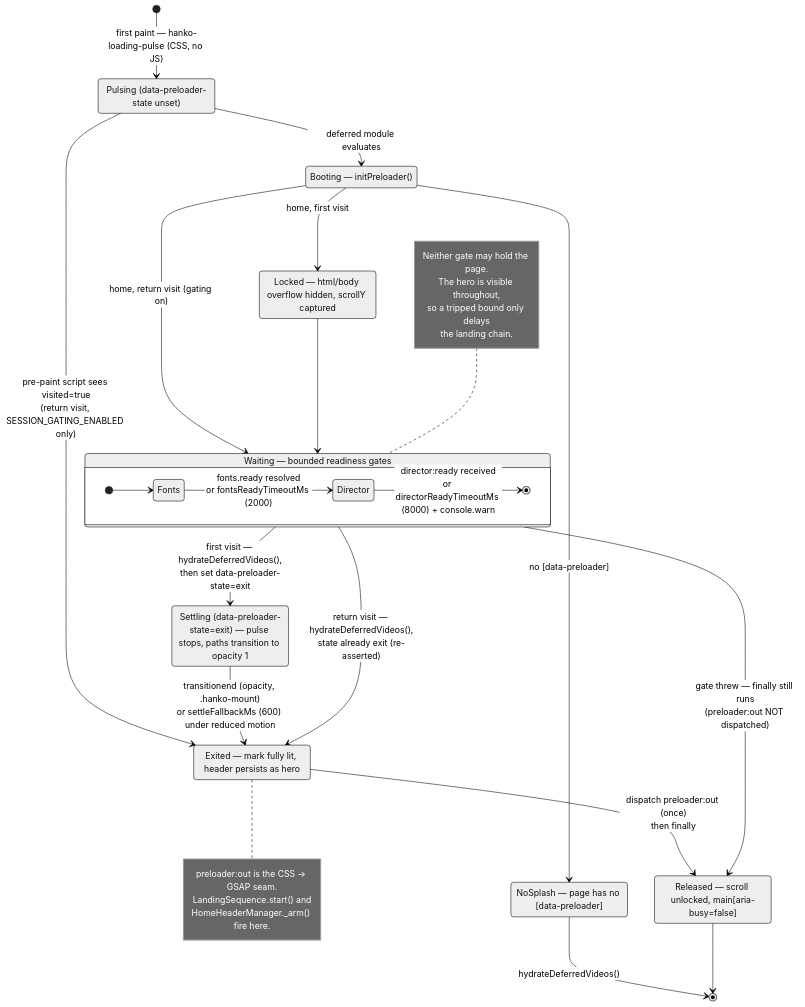
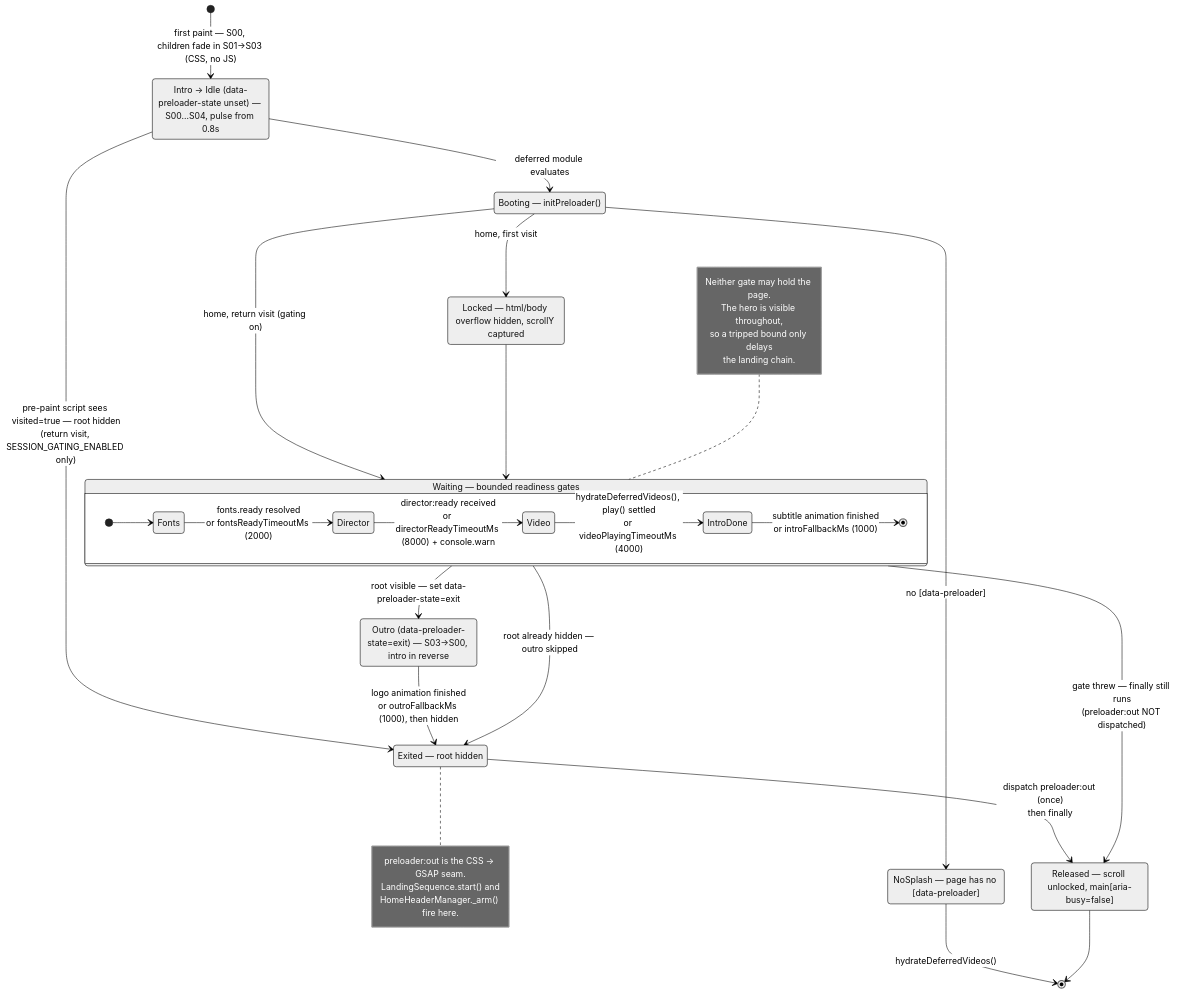
Before and after one commit to datainkio/portfolio-frontend: the second of 2 diagrams in js/preloader/README.preloader.md, drawn with Mermaid (neutral theme). The commit also changed other lines of this file and 15 other files, not shown here.

````diff
--- a/js/preloader/README.preloader.md
+++ b/js/preloader/README.preloader.md
@@ -96,52 +97,54 @@
 ```mermaid
 stateDiagram-v2
     direction TB
 
-    [*] --> Pulsing : first paint — hanko-loading-pulse (CSS, no JS)
+    [*] --> Intro : first paint — S00, children fade in S01→S03 (CSS, no JS)
 
-    state "Pulsing (data-preloader-state unset)" as Pulsing
+    state "Intro → Idle (data-preloader-state unset) — S00…S04, pulse from 0.8s" as Intro
     state "Booting — initPreloader()" as Booting
     state "NoSplash — page has no [data-preloader]" as NoSplash
     state "Locked — html/body overflow hidden, scrollY captured" as Locked
     state "Waiting — bounded readiness gates" as Waiting {
         direction LR
         [*] --> Fonts
         Fonts --> Director : fonts.ready resolved<br/>or fontsReadyTimeoutMs (2000)
-        Director --> [*] : director#colon;ready received<br/>or directorReadyTimeoutMs (8000) + console.warn
+        Director --> Video : director#colon;ready received<br/>or directorReadyTimeoutMs (8000) + console.warn
+        Video --> IntroDone : hydrateDeferredVideos(), play() settled<br/>or videoPlayingTimeoutMs (4000)
+        IntroDone --> [*] : subtitle animation finished<br/>or introFallbackMs (1000)
     }
-    state "Settling (data-preloader-state=exit) — pulse stops, paths transition to opacity 1" as Settling
-    state "Exited — mark fully lit, header persists as hero" as Exited
+    state "Outro (data-preloader-state=exit) — S03→S00, intro in reverse" as Settling
+    state "Exited — root hidden" as Exited
     state "Released — scroll unlocked, main[aria-busy=false]" as Released
 
-    Pulsing --> Exited : pre-paint script sees visited=true<br/>(return visit, SESSION_GATING_ENABLED only)
-    Pulsing --> Booting : deferred module evaluates
+    Intro --> Exited : pre-paint script sees visited=true — root hidden<br/>(return visit, SESSION_GATING_ENABLED only)
+    Intro --> Booting : deferred module evaluates
 
     Booting --> NoSplash : no [data-preloader]
     NoSplash --> [*] : hydrateDeferredVideos()
 
     Booting --> Locked : home, first visit
     Booting --> Waiting : home, return visit (gating on)
     Locked --> Waiting
 
-    Waiting --> Settling : first visit — hydrateDeferredVideos(),<br/>then set data-preloader-state=exit
-    Waiting --> Exited : return visit — hydrateDeferredVideos(),<br/>state already exit (re-asserted)
+    Waiting --> Settling : root visible — set data-preloader-state=exit
+    Waiting --> Exited : root already hidden — outro skipped
 
-    Settling --> Exited : transitionend (opacity, .hanko-mount)<br/>or settleFallbackMs (600) under reduced motion
+    Settling --> Exited : logo animation finished<br/>or outroFallbackMs (1000), then hidden
 
     Exited --> Released : dispatch preloader#colon;out (once)<br/>then finally
     Waiting --> Released : gate threw — finally still runs<br/>(preloader#colon;out NOT dispatched)
 
     Released --> [*]
 
     note right of Exited
         preloader:out is the CSS → GSAP seam.
         LandingSequence.start() and
         HomeHeaderManager._arm() fire here.
     end note
     note left of Waiting
         Neither gate may hold the page.
         The hero is visible throughout,
         so a tripped bound only delays
         the landing chain.
     end note
 ```
````
